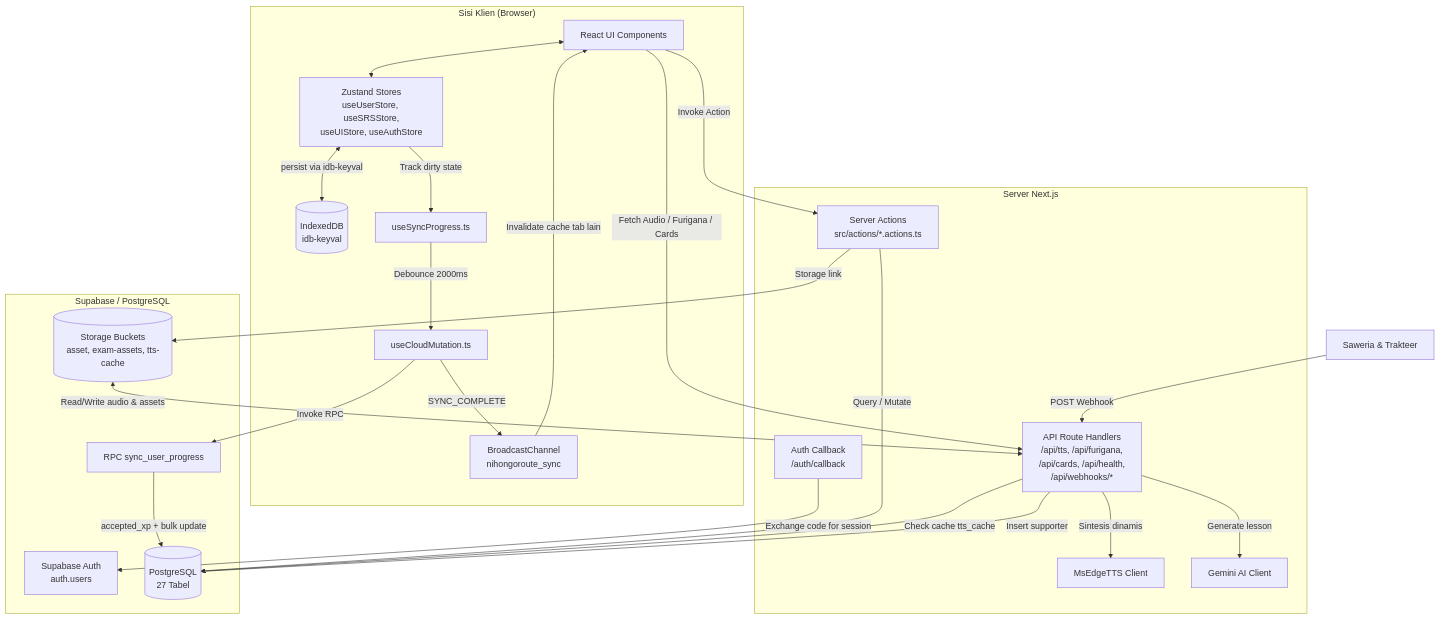
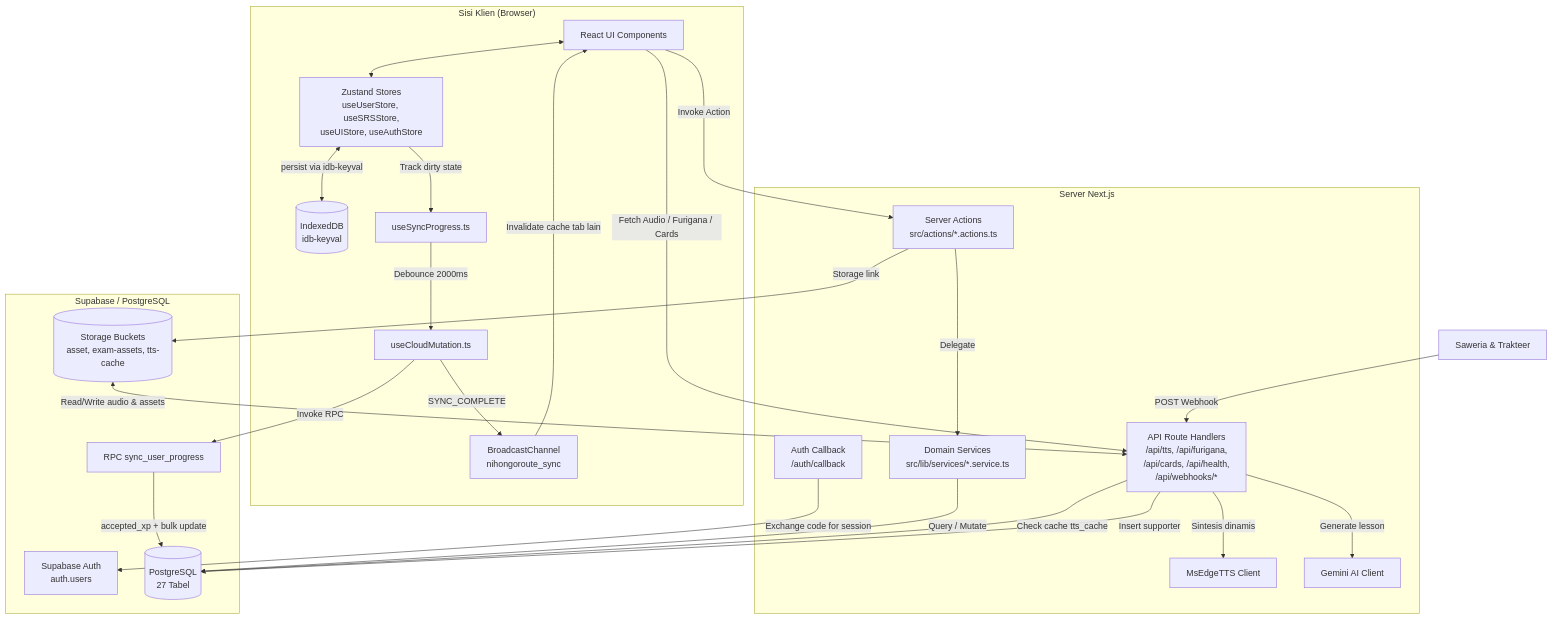
One commit to zan-118/nihongoroute changed the diagram in docs/architecture.md. Above: the diagram before and after it, drawn with Mermaid. The commit also changed 38 other files, not shown here.

````diff
--- a/docs/architecture.md
+++ b/docs/architecture.md
@@ -9,48 +9,50 @@
 ```mermaid
 graph TD
     subgraph Client ["Sisi Klien (Browser)"]
         UI["React UI Components"]
         Store["Zustand Stores<br/>useUserStore, useSRSStore,<br/>useUIStore, useAuthStore"]
         IDB[("IndexedDB<br/>idb-keyval")]
         HookSync["useSyncProgress.ts"]
         HookMut["useCloudMutation.ts"]
         BC["BroadcastChannel<br/>nihongoroute_sync"]
     end
 
     subgraph Server ["Server Next.js"]
         Actions["Server Actions<br/>src/actions/*.actions.ts"]
+        Services["Domain Services<br/>src/lib/services/*.service.ts"]
         API["API Route Handlers<br/>/api/tts, /api/furigana,<br/>/api/cards, /api/health,<br/>/api/webhooks/*"]
         AuthCB["Auth Callback<br/>/auth/callback"]
         EdgeTTS["MsEdgeTTS Client"]
         Gemini["Gemini AI Client"]
     end
 
     subgraph Supabase ["Supabase / PostgreSQL"]
         Auth["Supabase Auth<br/>auth.users"]
         DB[("PostgreSQL<br/>27 Tabel")]
         RPC["RPC sync_user_progress"]
         Buckets[("Storage Buckets<br/>asset, exam-assets, tts-cache")]
     end
 
     Donation["Saweria & Trakteer"] -->|POST Webhook| API
 
     UI <--> Store
     Store <-->|persist via idb-keyval| IDB
     Store -->|Track dirty state| HookSync
     HookSync -->|Debounce 2000ms| HookMut
     HookMut -->|Invoke RPC| RPC
     RPC -->|accepted_xp + bulk update| DB
     HookMut -->|SYNC_COMPLETE| BC
     BC -->|Invalidate cache tab lain| UI
 
     UI -->|Invoke Action| Actions
-    Actions -->|Query / Mutate| DB
+    Actions -->|Delegate| Services
+    Services -->|Query / Mutate| DB
     UI -->|Fetch Audio / Furigana / Cards| API
     API -->|Check cache tts_cache| DB
     API -->|Sintesis dinamis| EdgeTTS
     API -->|Generate lesson| Gemini
     API -->|Insert supporter| DB
     Buckets <-->|Read/Write audio & assets| API
     Actions -->|Storage link| Buckets
     AuthCB -->|Exchange code for session| Auth
 ```
````
